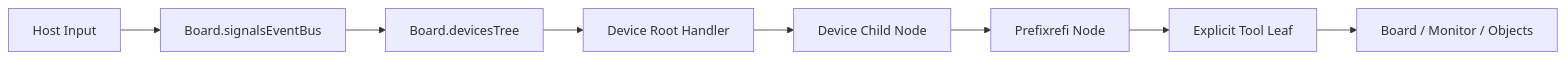
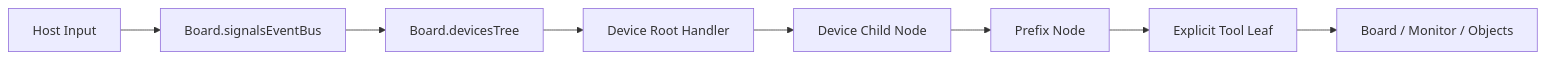
Before and after one commit to Frank-Steven/HoundWhiteboard: the diagram in src/core/docs/core-input-flow.md, drawn with Mermaid. The commit also changed other lines of this file and 40 other files, not shown here.

````diff
--- a/src/core/docs/core-input-flow.md
+++ b/src/core/docs/core-input-flow.md
@@ -18,10 +18,10 @@
 ```mermaid
 flowchart LR
     Host[Host Input] --> Bus[Board.signalsEventBus]
     Bus --> Tree[Board.devicesTree]
     Tree --> Device[Device Root Handler]
     Device --> Node[Device Child Node]
-    Node --> Prefix[Prefixrefi Node]
+    Node --> Prefix[Prefix Node]
     Prefix --> Tool[Explicit Tool Leaf]
     Tool --> BoardState[Board / Monitor / Objects]
 ```
````
